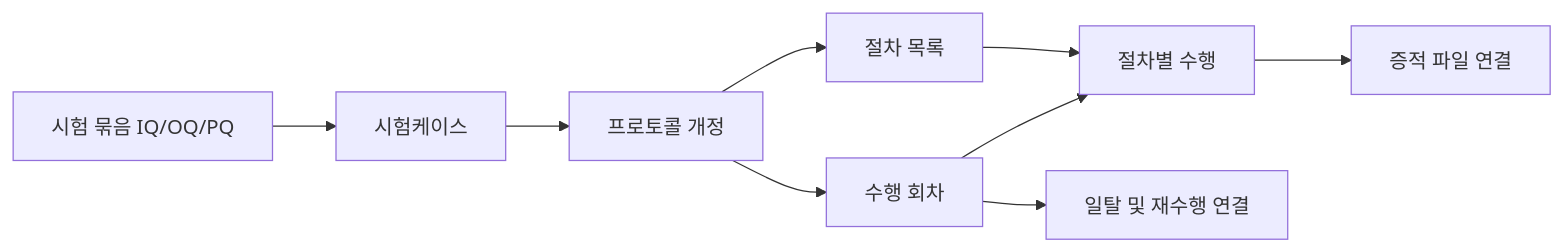
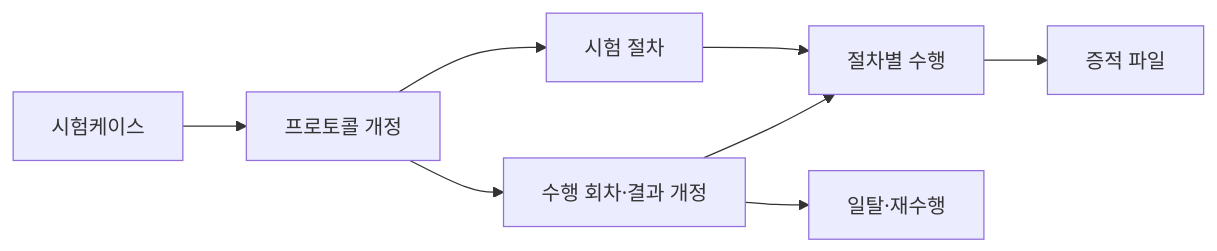
Before and after one commit to kmh52826-collab/Korean-Enterprise-Knowledge-Base-Design: the second of 3 diagrams in docs/test.md, drawn with Mermaid. The commit also changed other lines of this file, not shown here.

````diff
--- a/docs/test.md
+++ b/docs/test.md
@@ -440,11 +64,10 @@
 ```mermaid
 flowchart LR
-    A[시험 묶음 IQ/OQ/PQ] --> C[시험케이스]
-    C --> R[프로토콜 개정]
-    R --> S[절차 목록]
-    R --> E[수행 회차]
-    E --> SE[절차별 수행]
-    S --> SE
-    SE --> F[증적 파일 연결]
-    E --> D[일탈 및 재수행 연결]
+    C["시험케이스"] --> CR["프로토콜 개정"]
+    CR --> ST["시험 절차"]
+    CR --> EX["수행 회차·결과 개정"]
+    ST --> SE["절차별 수행"]
+    EX --> SE
+    SE --> EV["증적 파일"]
+    EX --> DV["일탈·재수행"]
 ```
````
